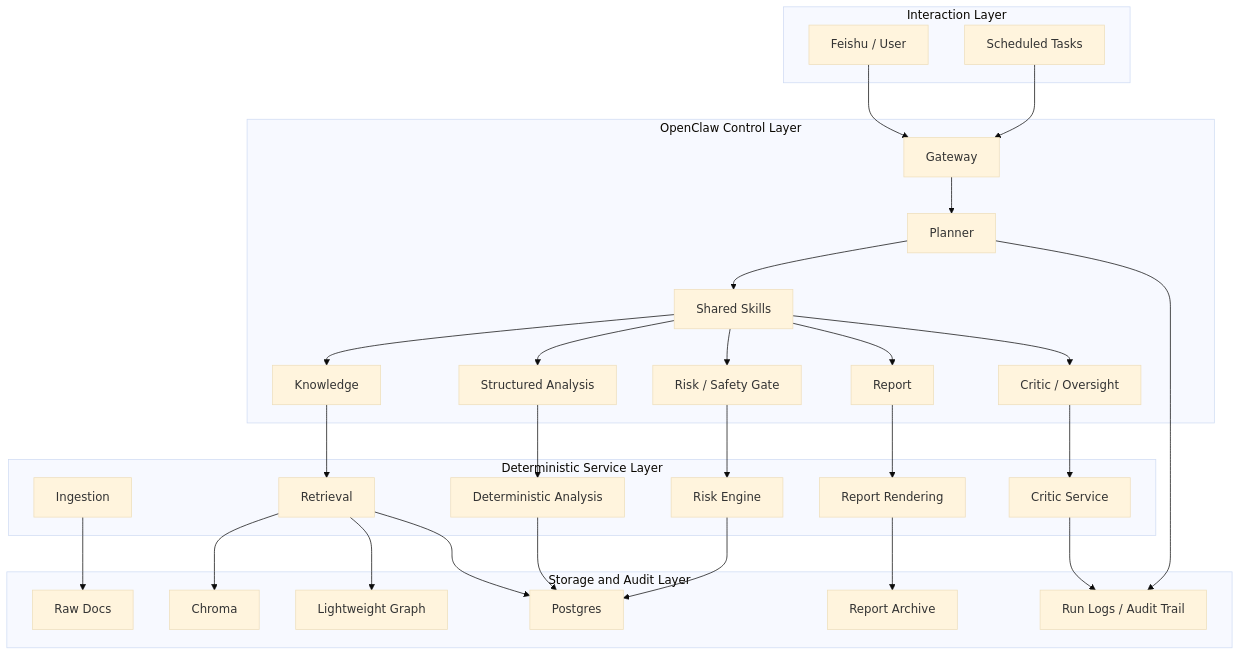
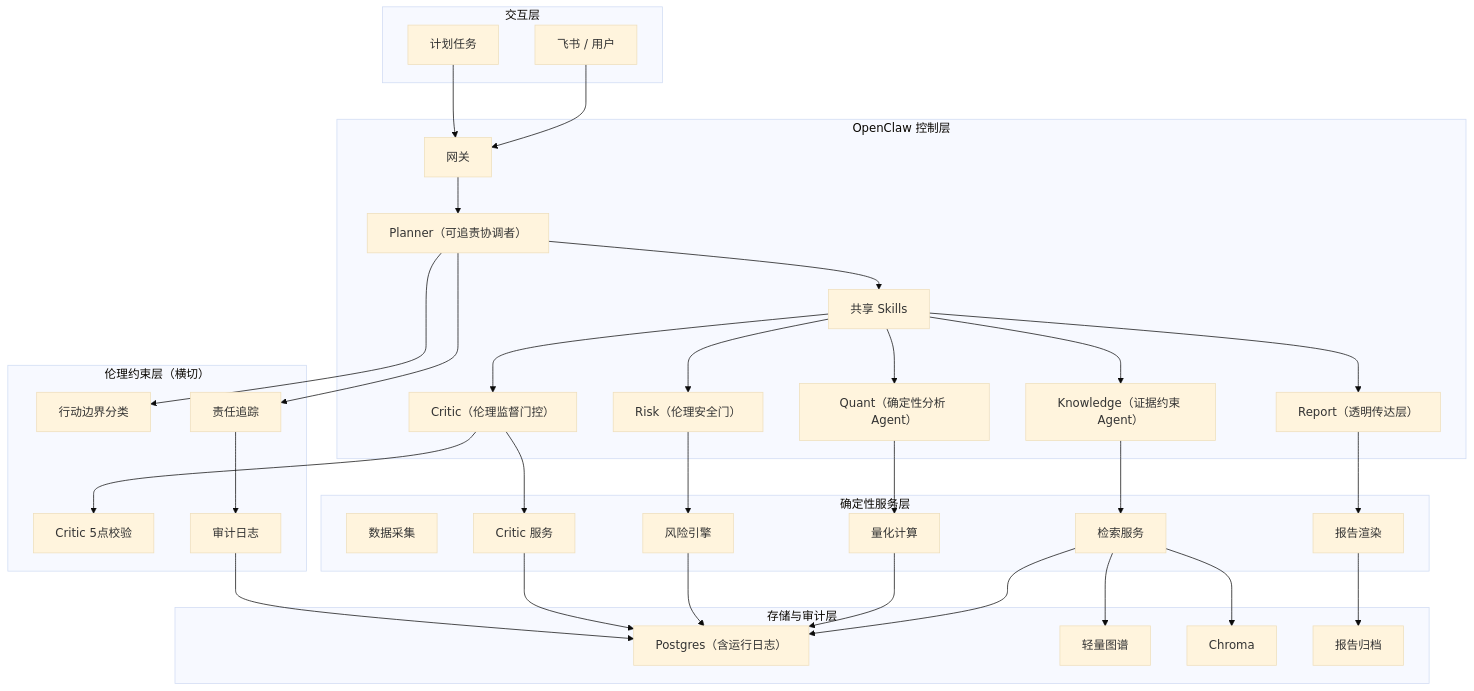
The diagram in docs/ethics-transformation-plan.md (yuchangyuan1/openclaw-quant-agent), drawn with Mermaid (base theme) before and after one commit. The commit also changed other lines of this file and 3 other files, not shown here.

````diff
--- a/docs/ethics-transformation-plan.md
+++ b/docs/ethics-transformation-plan.md
@@ -259,62 +323,63 @@
 ```mermaid
 flowchart TB
-  subgraph U["Interaction Layer"]
-    FEI["Feishu / User"]
-    CRON["Scheduled Tasks"]
+  subgraph U["交互层"]
+    FEI["飞书 / 用户"]
+    CRON["计划任务"]
   end
 
-  subgraph O["OpenClaw Control Layer"]
-    GW["Gateway"]
-    PL["Planner"]
-    KA["Knowledge"]
-    QA["Structured Analysis"]
-    RA["Risk / Safety Gate"]
-    RE["Report"]
-    CA["Critic / Oversight"]
-    SK["Shared Skills"]
+  subgraph O["OpenClaw 控制层"]
+    GW["网关"]
+    PL["Planner（可追责协调者）"]
+    KA["Knowledge（证据约束 Agent）"]
+    QA["Quant（确定性分析 Agent）"]
+    RA["Risk（伦理安全门）"]
+    RE["Report（透明传达层）"]
+    CA["Critic（伦理监督门控）"]
+    SK["共享 Skills"]
   end
 
-  subgraph S["Deterministic Service Layer"]
-    ING["Ingestion"]
-    RAG["Retrieval"]
-    QNT["Deterministic Analysis"]
-    RSK["Risk Engine"]
-    REP["Report Rendering"]
-    CRT["Critic Service"]
+  subgraph E["伦理约束层（横切）"]
+    AB["行动边界分类"]
+    CL["Critic 5点校验"]
+    AT["责任追踪"]
+    AUD["审计日志"]
   end
 
-  subgraph D["Storage and Audit Layer"]
-    RAW["Raw Docs"]
-    PG["Postgres"]
-    KG["Lightweight Graph"]
+  subgraph S["确定性服务层"]
+    ING["数据采集"]
+    RAG["检索服务"]
+    QNT["量化计算"]
+    RSK["风险引擎"]
+    REP["报告渲染"]
+    CRT["Critic 服务"]
+  end
+
+  subgraph D["存储与审计层"]
+    PG["Postgres（含运行日志）"]
+    KG["轻量图谱"]
     CH["Chroma"]
-    LOG["Run Logs / Audit Trail"]
-    ARC["Report Archive"]
+    ARC["报告归档"]
   end
 
   FEI --> GW
   CRON --> GW
   GW --> PL
   PL --> SK
-  SK --> KA
-  SK --> QA
-  SK --> RA
-  SK --> RE
-  SK --> CA
+  SK --> KA & QA & RA & RE & CA
+  CA --> CL
+  PL --> AB & AT
+  AT --> AUD
 
   KA --> RAG
   QA --> QNT
   RA --> RSK
   RE --> REP
   CA --> CRT
 
-  ING --> RAW
-  RAG --> CH
-  RAG --> KG
-  RAG --> PG
+  RAG --> CH & KG & PG
   QNT --> PG
   RSK --> PG
   REP --> ARC
-  CRT --> LOG
-  PL --> LOG
+  CRT --> PG
+  AUD --> PG
 ```
````
